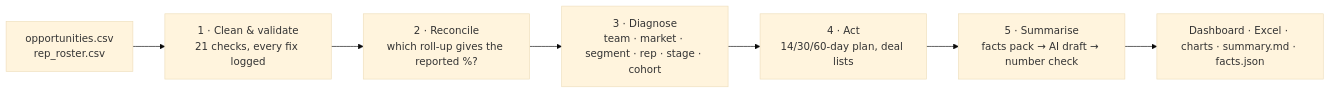
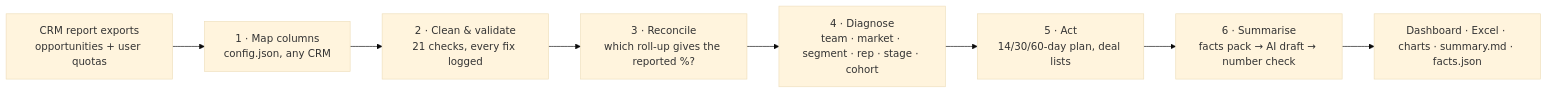
Before and after one commit to NeginZarbakhsh/SalesOperationToolkit: the diagram in README.md, drawn with Mermaid (base theme). The commit also changed other lines of this file and 21 other files, not shown here.

````diff
--- a/README.md
+++ b/README.md
@@ -41,9 +43,10 @@
 ```mermaid
 flowchart LR
-    A["opportunities.csv<br/>rep_roster.csv"] --> B["1 · Clean &amp; validate<br/>21 checks, every fix logged"]
-    B --> C["2 · Reconcile<br/>which roll-up gives the reported %?"]
-    C --> D["3 · Diagnose<br/>team · market · segment · rep · stage · cohort"]
-    D --> E["4 · Act<br/>14/30/60-day plan, deal lists"]
-    E --> F["5 · Summarise<br/>facts pack → AI draft → number check"]
+    A["CRM report exports<br/>opportunities + user quotas"] --> M["1 · Map columns<br/>config.json, any CRM"]
+    M --> B["2 · Clean &amp; validate<br/>21 checks, every fix logged"]
+    B --> C["3 · Reconcile<br/>which roll-up gives the reported %?"]
+    C --> D["4 · Diagnose<br/>team · market · segment · rep · stage · cohort"]
+    D --> E["5 · Act<br/>14/30/60-day plan, deal lists"]
+    E --> F["6 · Summarise<br/>facts pack → AI draft → number check"]
     F --> G["Dashboard · Excel · charts · summary.md · facts.json"]
 ```
````
